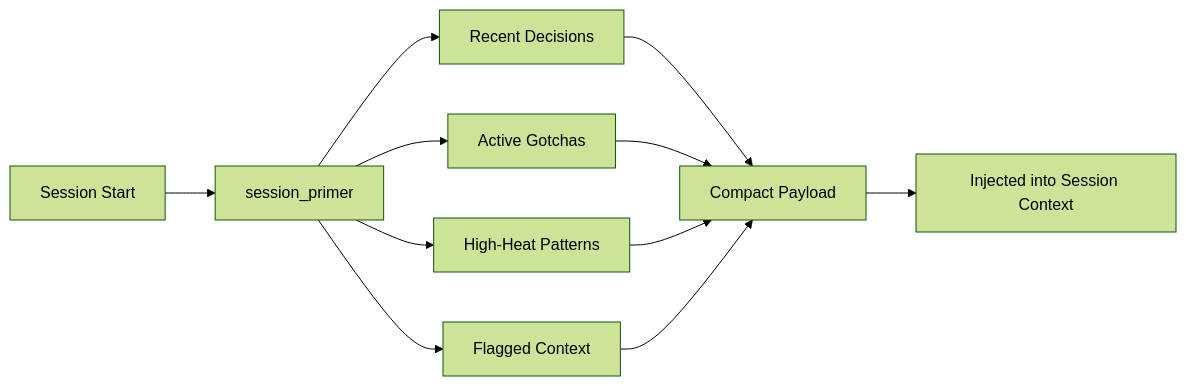
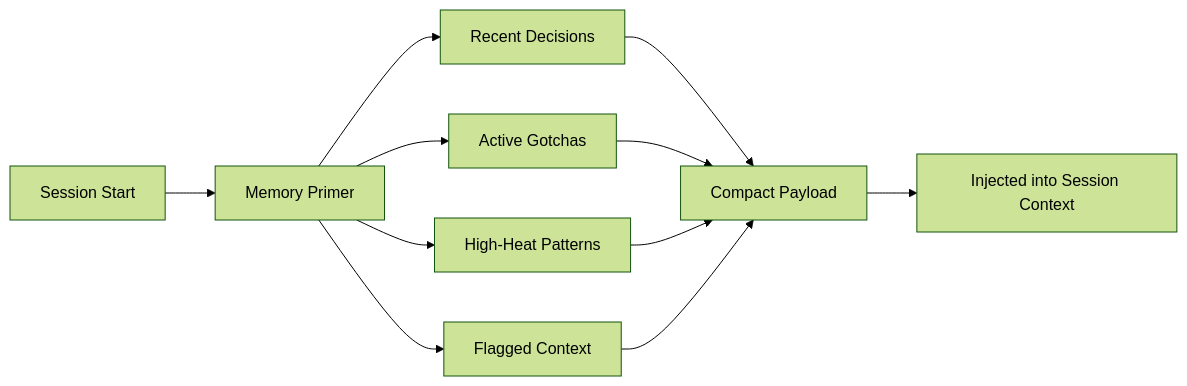
Before and after one commit to CyberdaemonAI/cyberdaemon-site: the third of 3 diagrams in src/content/build-logs/prom-memory.mdx, drawn with Mermaid (forest theme). The commit also changed other lines of this file and 3 other files, not shown here.

````diff
--- a/src/content/build-logs/prom-memory.mdx
+++ b/src/content/build-logs/prom-memory.mdx
@@ -287,13 +287,13 @@
 ```mermaid
 graph LR
-    A[Session Start] --> B[session_primer]
+    A[Session Start] --> B[Memory Primer]
     B --> C[Recent Decisions]
     B --> D[Active Gotchas]
     B --> E[High-Heat Patterns]
     B --> F[Flagged Context]
     C --> G[Compact Payload]
     D --> G
     E --> G
     F --> G
     G --> H[Injected into Session Context]
 ```
````
